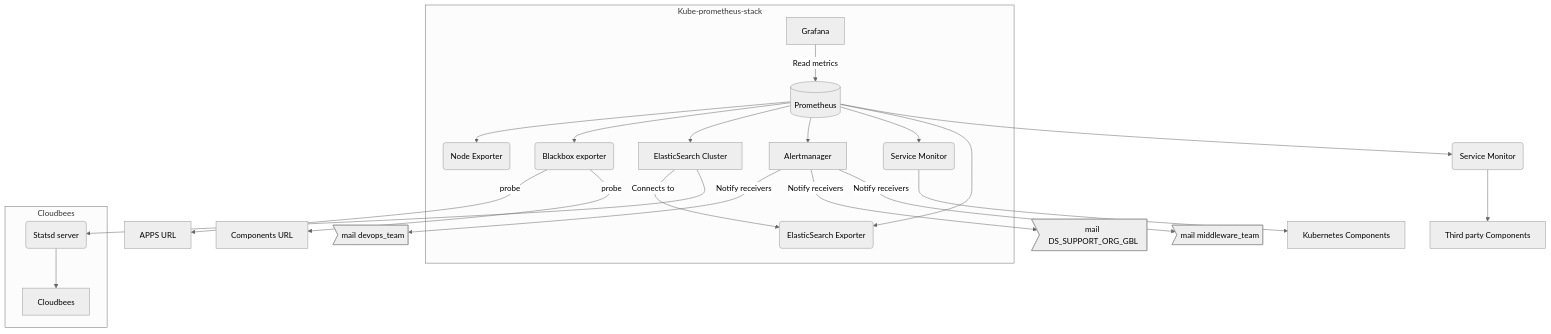
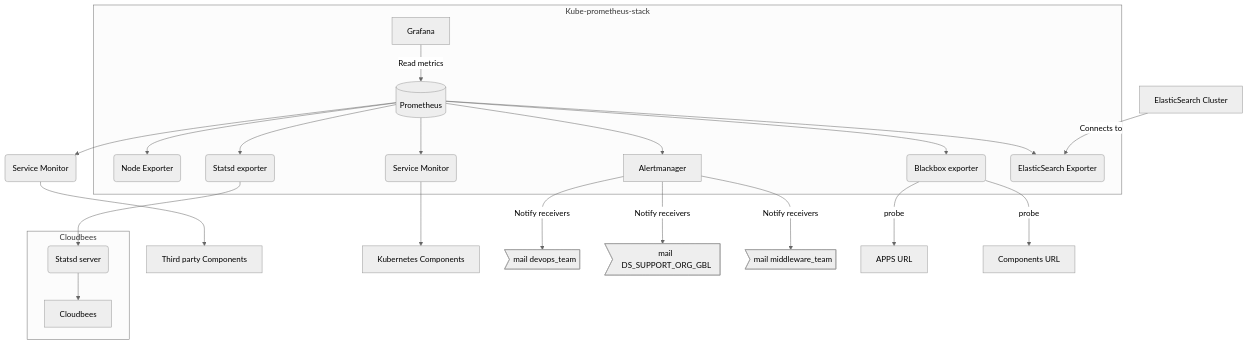
The second of 9 diagrams in Markdown1.md (SavaiRavikiran/Monitoring_With_Prometheus-Grafana), drawn with Mermaid (neutral theme) before and after one commit. The commit also changed other lines of this file, not shown here.

````diff
--- a/Markdown1.md
+++ b/Markdown1.md
@@ -1,28 +28,28 @@
 ```mermaid
 graph TD
   subgraph "Kube-prometheus-stack"
     A[Grafana]-->|Read metrics| B[(Prometheus)]
     B --> C(Node Exporter)
     B --> D(Blackbox exporter)
     B --> E(Statsd exporter)
     B --> G[Alertmanager]
     B --> SM1(Service Monitor)
     B --> F(ElasticSearch Exporter)
   end
 
-  E[ElasticSearch Cluster]-->|Connects to| F
+  E1[ElasticSearch Cluster]-->|Connects to| F
   B --> SM2(Service Monitor)
   SM2 --> O[Third party Components]
   SM1 --> P[Kubernetes Components]
 
   G -->|Notify receivers| H>mail devops_team]
   G -->|Notify receivers| I>mail DS_SUPPORT_ORG_GBL]
   G -->|Notify receivers| J>mail middleware_team]
   D -->|probe| L[APPS URL]
   D -->|probe| M[Components URL]
 
   subgraph "Cloudbees"
     E --> N(Statsd server)
     N --> K[Cloudbees]
   end
 ```
````
